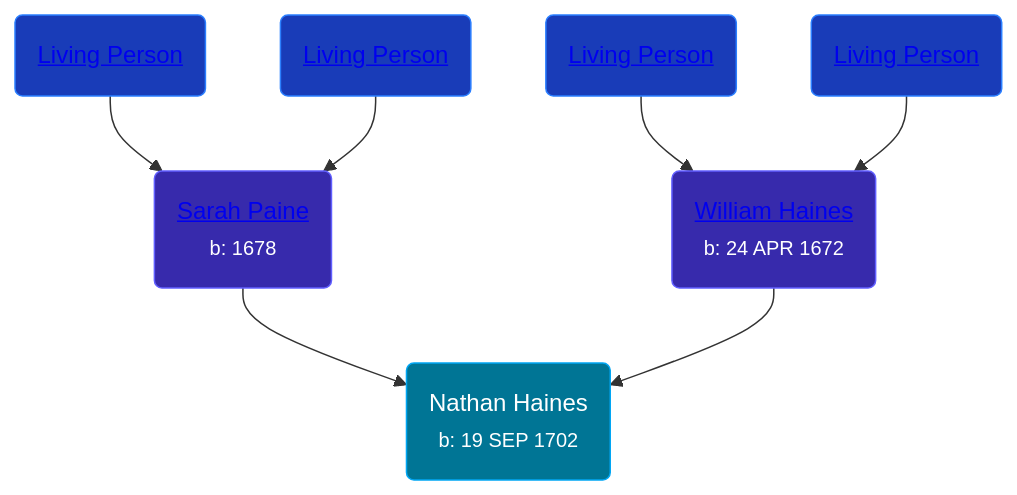
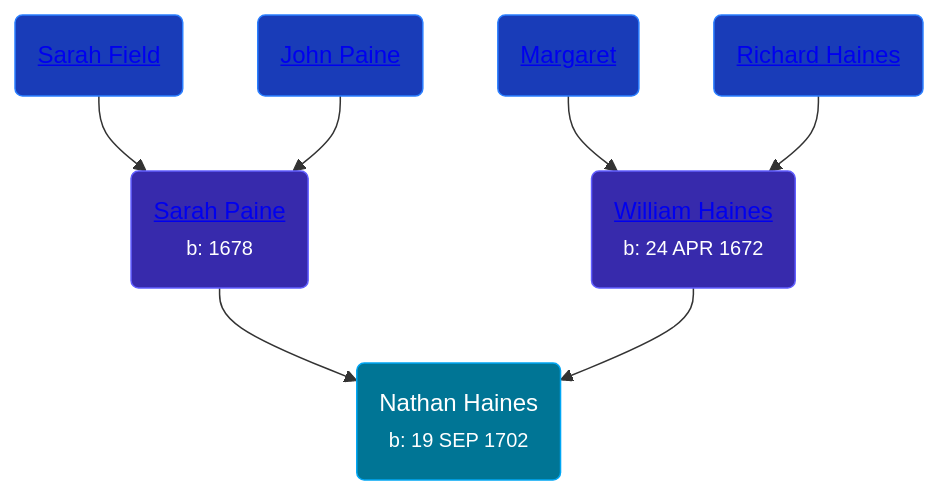
One commit to wpmgotkh/wpmgotkh.github.io changed the diagram in pages/people/7/74064515.md. Above: the diagram before and after it, drawn with Mermaid. The commit also changed 586 other files, not shown here.

Commit message:
feat: better shouldConsiderPersonLiving algo

````diff
--- a/pages/people/7/74064515.md
+++ b/pages/people/7/74064515.md
@@ -11,13 +11,13 @@
 ```mermaid
 graph
 classDef grands fill:#193cb8,stroke:#2b7fff,stroke-width:1px,color:#fff;
 classDef parents fill:#372aac,stroke:#615fff,stroke-width:1px,color:#fff;
 classDef primary fill:#007595,stroke:#00a6f4,stroke-width:1px,color:#fff;
 74064515(Nathan Haines<br /><small>b: 19 SEP 1702</small>):::primary
 64473277(<a class="text-white" href="/people/6/64473277">Sarah Paine</a><br /><small>b: 1678</small>):::parents-->74064515
-52998406(<a class="text-white" href="/people/5/52998406">Living Person</a>):::grands-->64473277
-94145877(<a class="text-white" href="/people/9/94145877">Living Person</a>):::grands-->64473277
+52998406(<a class="text-white" href="/people/5/52998406">Sarah Field</a>):::grands-->64473277
+94145877(<a class="text-white" href="/people/9/94145877">John Paine</a>):::grands-->64473277
 5796916(<a class="text-white" href="/people/5/5796916">William Haines</a><br /><small>b: 24 APR 1672</small>):::parents-->74064515
-57067327(<a class="text-white" href="/people/5/57067327">Living Person</a>):::grands-->5796916
-25122588(<a class="text-white" href="/people/2/25122588">Living Person</a>):::grands-->5796916
+57067327(<a class="text-white" href="/people/5/57067327">Margaret </a>):::grands-->5796916
+25122588(<a class="text-white" href="/people/2/25122588">Richard Haines</a>):::grands-->5796916
 ```
````
